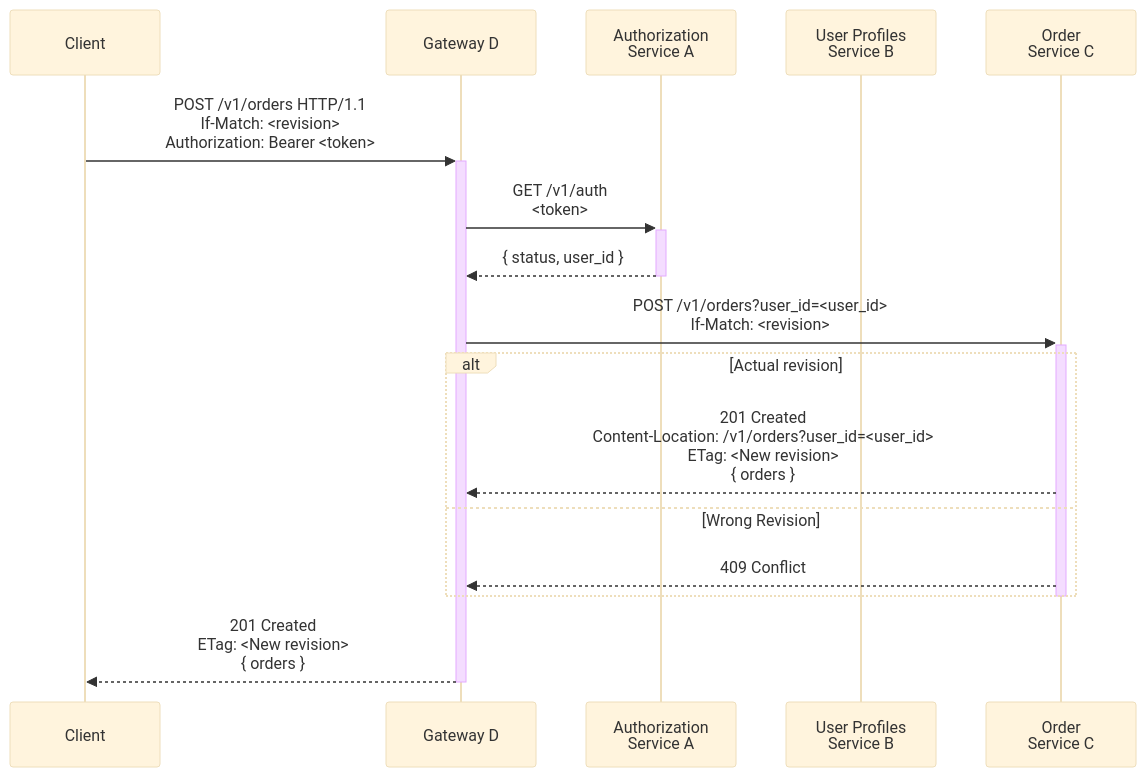
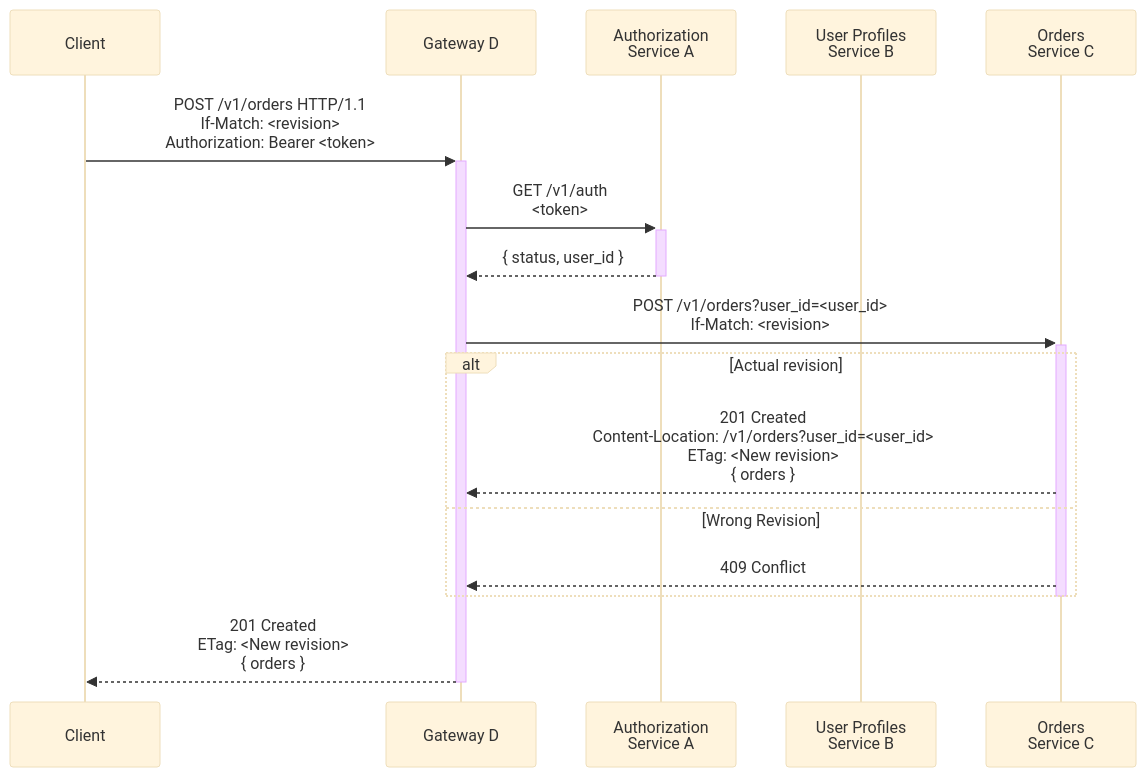
One commit to twirl/The-API-Book changed the diagram in src/en/graphs/http-api-organizing-04.mermaid. Above: the diagram before and after it, drawn with Mermaid (base theme). The commit also changed 15 other files, not shown here.

```diff
--- a/src/en/graphs/http-api-organizing-04.mermaid
+++ b/src/en/graphs/http-api-organizing-04.mermaid
@@ -1,17 +1,17 @@
 sequenceDiagram
     participant U as Client
     participant D as Gateway D
     participant A as Authorization<br/>Service A
     participant B as User Profiles<br/>Service B
-    participant C as Order<br/>Service C
+    participant C as Orders<br/>Service C
     U->>+D: POST /v1/orders HTTP/1.1<br/>If-Match: #60;revision#62;<br/>Authorization: Bearer #60;token#62;
     D->>+A: GET /v1/auth<br/><token>
     A-->>-D: { status, user_id }
     D->>+C: POST /v1/orders?user_id=#60;user_id#62;<br/>If-Match: #60;revision#62;
     alt Actual revision
         C-->>D: 201 Created<br/>Content-Location: /v1/orders?user_id=<user_id><br/>ETag: #60;New revision#62;<br/>{ orders }
     else Wrong Revision
         C-->>D: 409 Conflict
     end
     deactivate C
     D-->>-U: 201 Created<br/>ETag: #60;New revision#62;<br/>{ orders }
```
